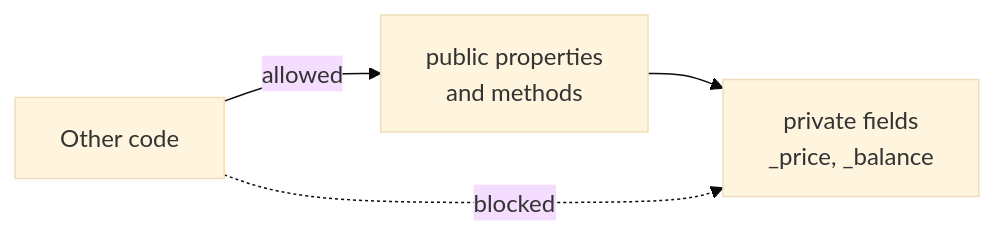
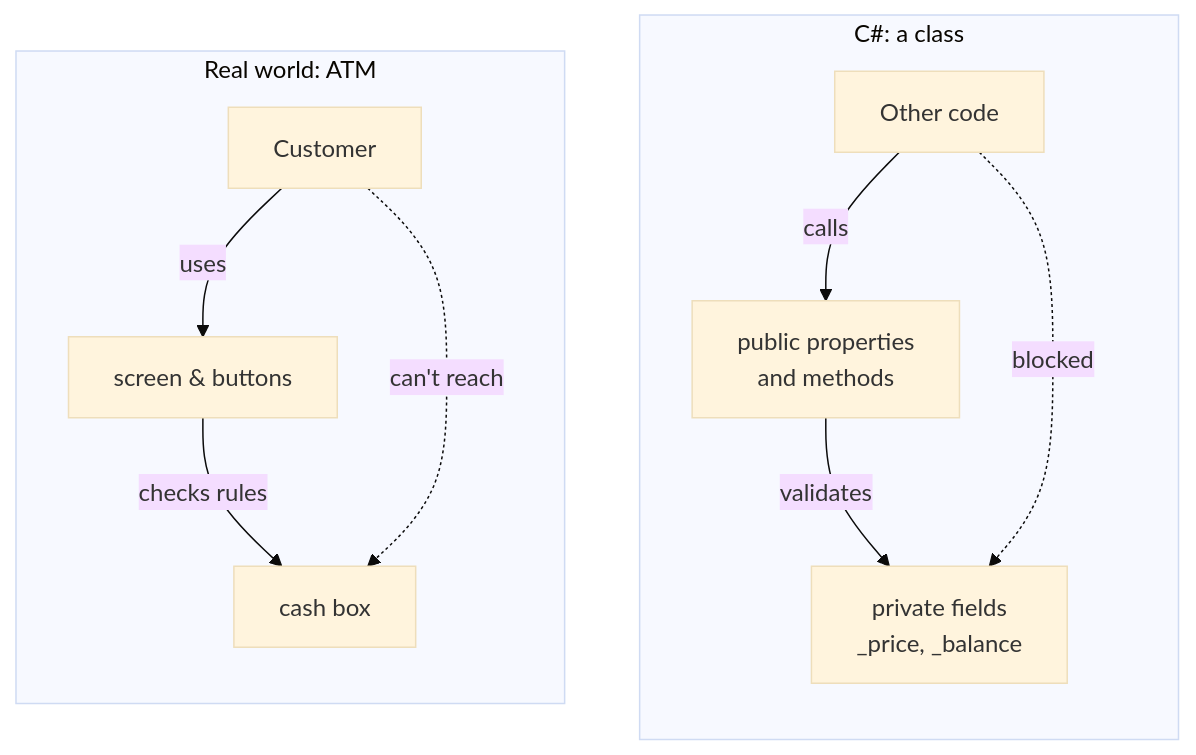
One commit to Mo3bdelrahman/Andalusia-Academy-Dot-Net changed the tenth of 29 diagrams in Session05/dotnet-backend-session-05-notes.md. Above: the diagram before and after it, drawn with Mermaid (base theme). The commit also changed other lines of this file, not shown here.

````diff
--- a/Session05/dotnet-backend-session-05-notes.md
+++ b/Session05/dotnet-backend-session-05-notes.md
@@ -405,6 +474,16 @@
 ```mermaid
 flowchart LR
-    OUT["Other code"] -->|"allowed"| PUB["public properties<br/>and methods"]
-    PUB --> PRIV["private fields<br/>_price, _balance"]
-    OUT -.->|"blocked"| PRIV
+    subgraph REAL["Real world: ATM"]
+        direction TB
+        U["Customer"] -->|"uses"| SCR["screen & buttons"]
+        SCR -->|"checks rules"| CASH["cash box"]
+        U -.->|"can't reach"| CASH
+    end
+    subgraph CODE["C#: a class"]
+        direction TB
+        OUT["Other code"] -->|"calls"| PUB["public properties<br/>and methods"]
+        PUB -->|"validates"| PRIV["private fields<br/>_price, _balance"]
+        OUT -.->|"blocked"| PRIV
+    end
+    REAL ~~~ CODE
 ```
````
